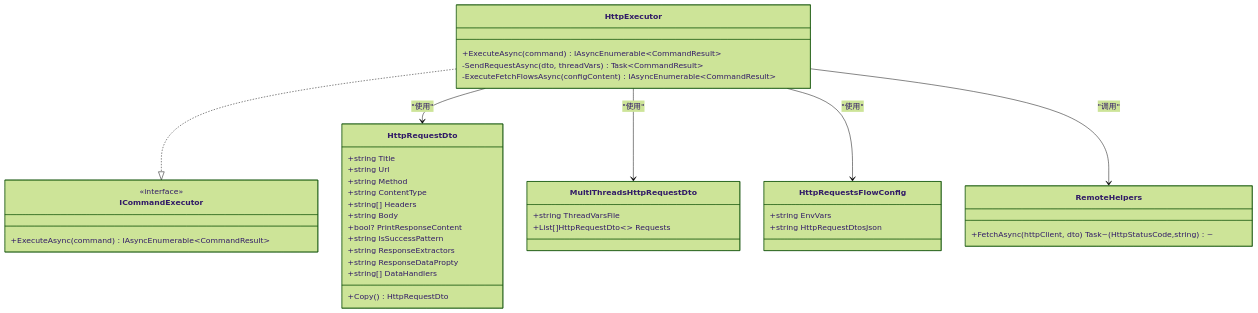
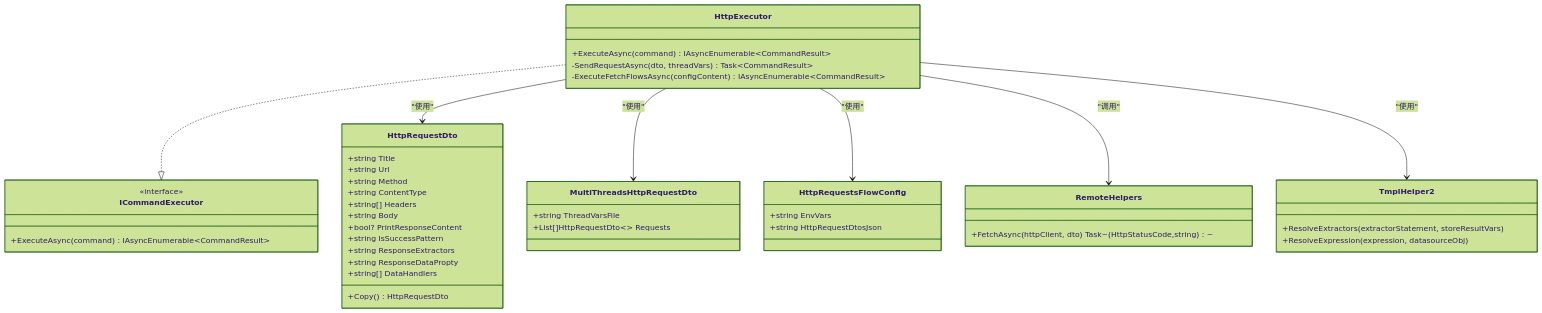
One commit to Sosososolong/AirGo changed the third of 4 diagrams in .qoder/repowiki/zh/content/项目概述/核心特性/工具库系统/HTTP 请求执行器.md. Above: the diagram before and after it, drawn with Mermaid (forest theme). The commit also changed other lines of this file and 6 other files, not shown here.

````diff
--- a/.qoder/repowiki/zh/content/项目概述/核心特性/工具库系统/HTTP 请求执行器.md
+++ b/.qoder/repowiki/zh/content/项目概述/核心特性/工具库系统/HTTP 请求执行器.md
@@ -145,42 +175,47 @@
 ```mermaid
 classDiagram
 class HttpExecutor {
 +ExecuteAsync(command) IAsyncEnumerable~CommandResult~
 -SendRequestAsync(dto, threadVars) Task~CommandResult~
 -ExecuteFetchFlowsAsync(configContent) IAsyncEnumerable~CommandResult~
 }
 class ICommandExecutor {
 <<interface>>
 +ExecuteAsync(command) IAsyncEnumerable~CommandResult~
 }
 class HttpRequestDto {
 +string Title
 +string Url
 +string Method
 +string ContentType
 +string[] Headers
 +string Body
 +bool? PrintResponseContent
 +string IsSuccessPattern
 +string ResponseExtractors
 +string ResponseDataPropty
 +string[] DataHandlers
 +Copy() HttpRequestDto
 }
 class MultiThreadsHttpRequestDto {
 +string ThreadVarsFile
 +List[]HttpRequestDto~~ Requests
 }
 class HttpRequestsFlowConfig {
 +string EnvVars
 +string HttpRequestDtosJson
 }
 class RemoteHelpers {
 +FetchAsync(httpClient, dto) Task~(HttpStatusCode,string)~
 }
+class TmplHelper2 {
++ResolveExtractors(extractorStatement, storeResultVars)
++ResolveExpression(expression, datasourceObj)
+}
 HttpExecutor ..|> ICommandExecutor
 HttpExecutor --> HttpRequestDto : "使用"
 HttpExecutor --> MultiThreadsHttpRequestDto : "使用"
 HttpExecutor --> HttpRequestsFlowConfig : "使用"
 HttpExecutor --> RemoteHelpers : "调用"
+HttpExecutor --> TmplHelper2 : "使用"
 ```
````
